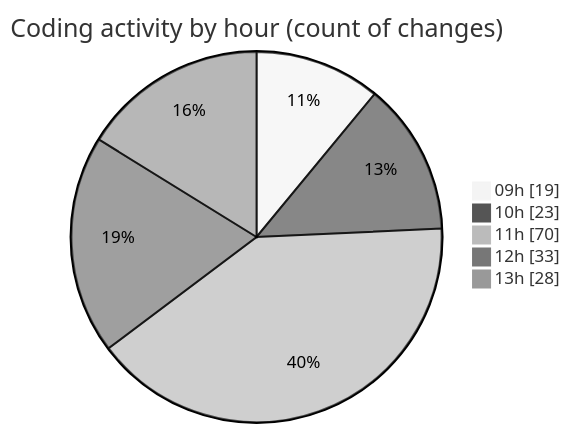
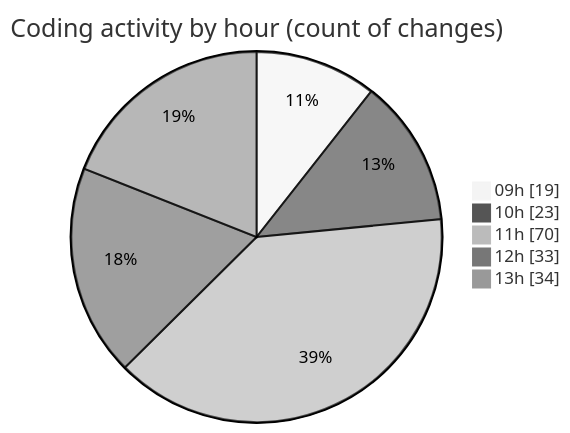
The second of 2 diagrams in 2026-02-12/cda/README.md (momahboobian/code-tracking), drawn with Mermaid (neutral theme) before and after one commit. The commit also changed other lines of this file and 1 other file, not shown here.

````diff
--- a/2026-02-12/cda/README.md
+++ b/2026-02-12/cda/README.md
@@ -44,9 +44,9 @@
 ```mermaid
 pie showData
 title Coding activity by hour (count of changes)
 "09h" : 19
 "10h" : 23
 "11h" : 70
 "12h" : 33
-"13h" : 28
+"13h" : 34
 ```
````
